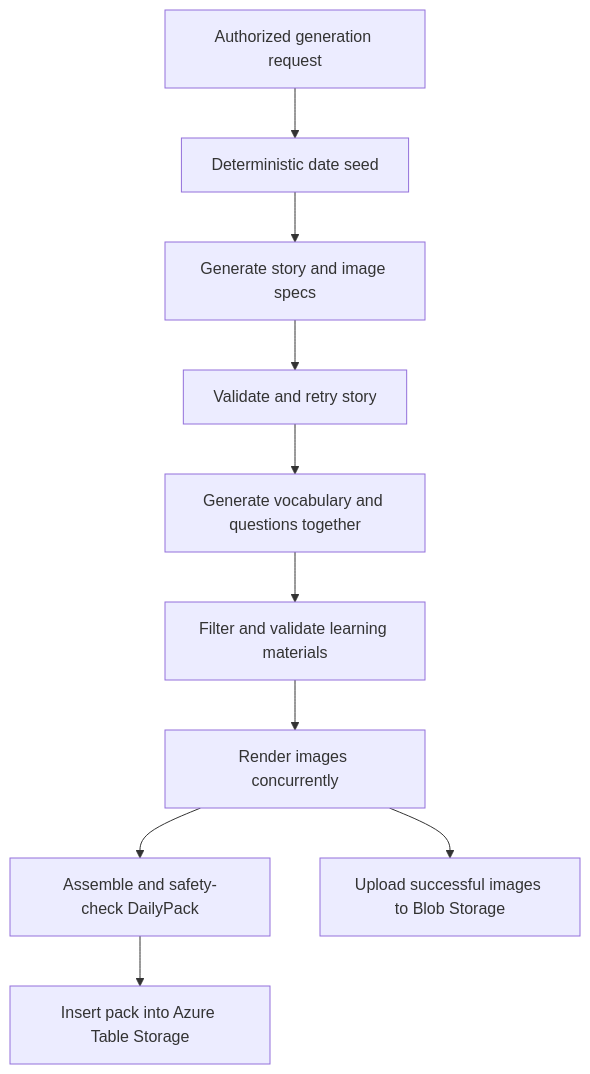
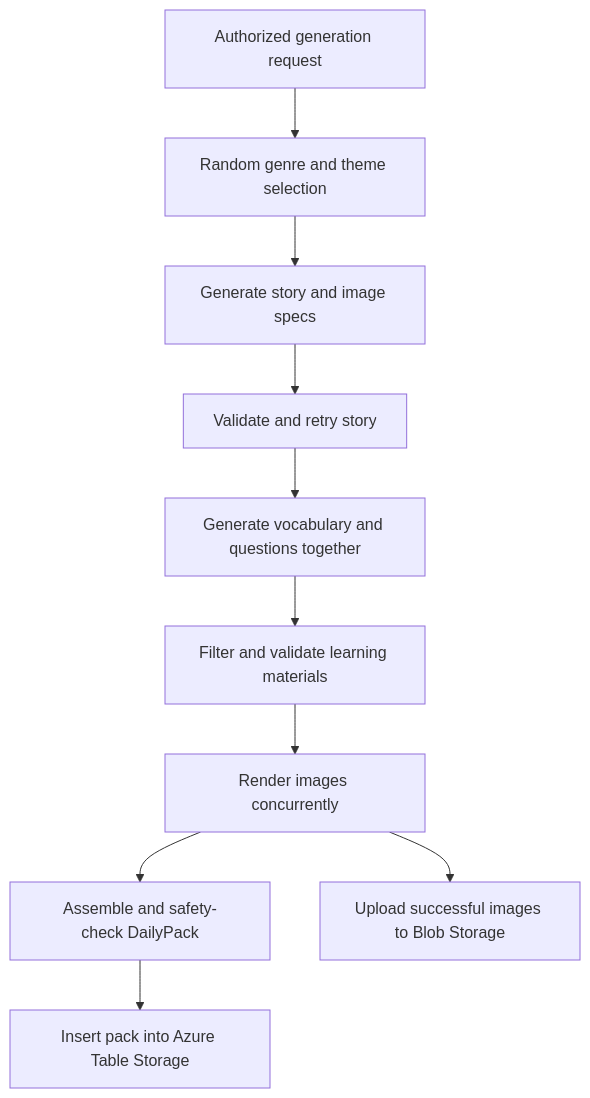
Before and after one commit to sumantmodak/Inkydoop: the diagram in README.md, drawn with Mermaid. The commit also changed other lines of this file and 18 other files, not shown here.

Commit message:
feat: randomize story selection and expand cost telemetry

````diff
--- a/README.md
+++ b/README.md
@@ -251,12 +269,12 @@
 ```mermaid
 flowchart TD
-    Request[Authorized generation request] --> Seed[Deterministic date seed]
-    Seed --> Story[Generate story and image specs]
+  Request[Authorized generation request] --> Selection[Random genre and theme selection]
+  Selection --> Story[Generate story and image specs]
     Story --> StoryValidation[Validate and retry story]
     StoryValidation --> Learning[Generate vocabulary and questions together]
     Learning --> LearningValidation[Filter and validate learning materials]
     LearningValidation --> Images[Render images concurrently]
     Images --> Assemble[Assemble and safety-check DailyPack]
     Assemble --> Table[Insert pack into Azure Table Storage]
     Images --> Blob[Upload successful images to Blob Storage]
 ```
````
